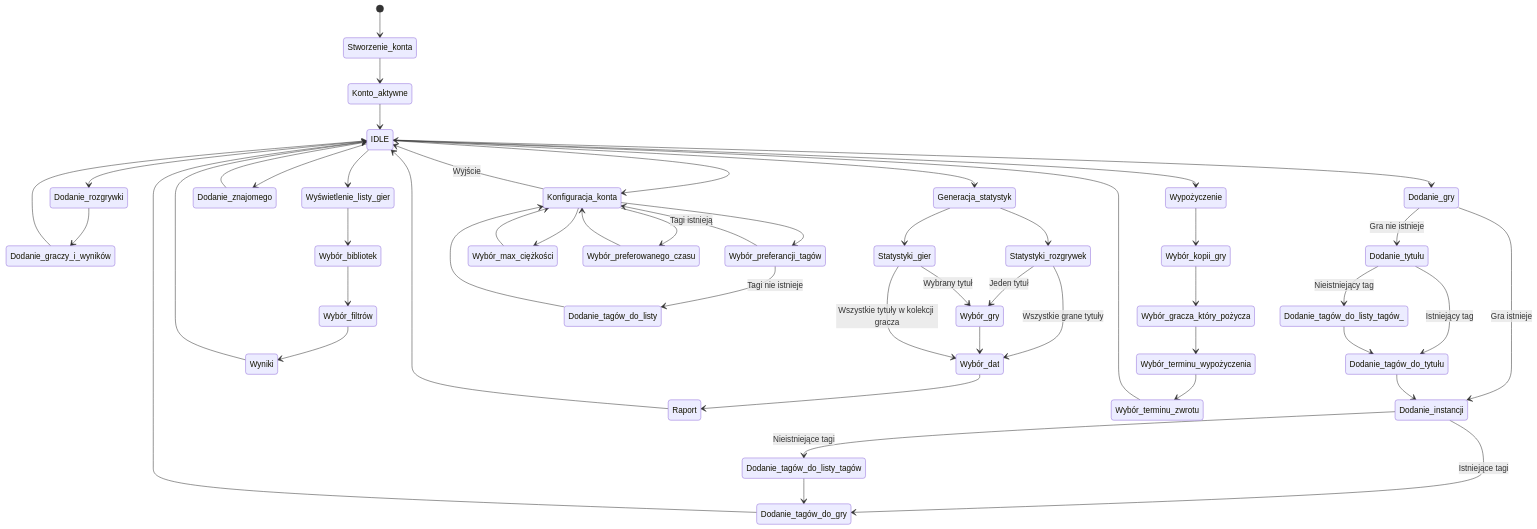
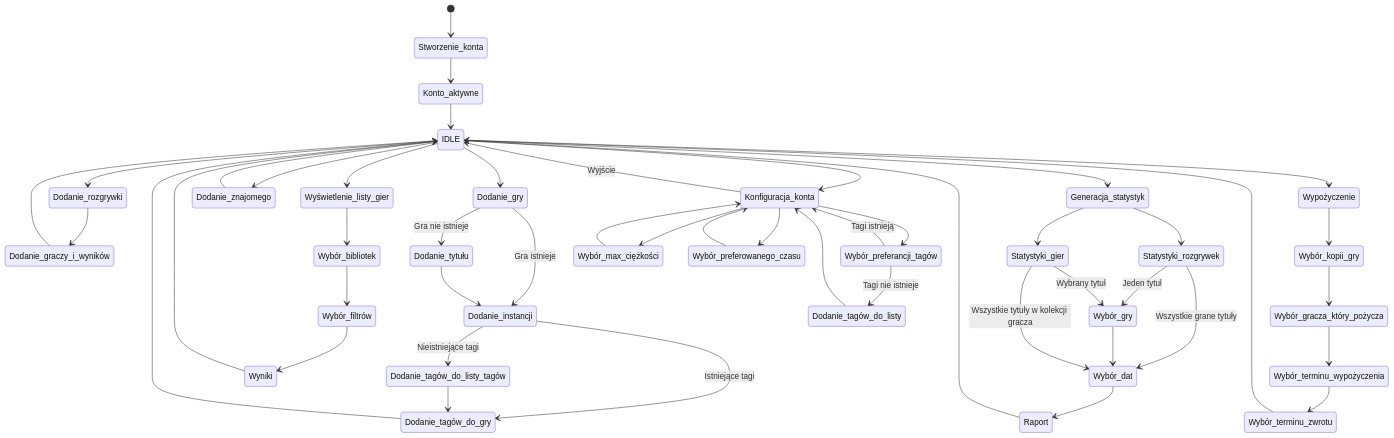
One commit to Sammaeliusz/PC-Repo changed the second of 2 diagrams in BD/scheme.md. Above: the diagram before and after it, drawn with Mermaid.

````diff
--- a/BD/scheme.md
+++ b/BD/scheme.md
@@ -81,54 +81,51 @@
 ``` mermaid
 stateDiagram-v2
     [*] --> Stworzenie_konta
 
     Stworzenie_konta --> Konto_aktywne
     Konto_aktywne --> IDLE
     IDLE --> Dodanie_gry
     IDLE --> Dodanie_rozgrywki
     Dodanie_rozgrywki --> Dodanie_graczy_i_wyników
     Dodanie_graczy_i_wyników --> IDLE
     Dodanie_gry --> Dodanie_instancji : Gra istnieje
     Dodanie_gry --> Dodanie_tytułu : Gra nie istnieje
-    Dodanie_tytułu --> Dodanie_tagów_do_tytułu : Istniejący tag
-    Dodanie_tytułu --> Dodanie_tagów_do_listy_tagów_ : Nieistniejący tag
-    Dodanie_tagów_do_tytułu --> Dodanie_instancji
-    Dodanie_tagów_do_listy_tagów_ --> Dodanie_tagów_do_tytułu
+    Dodanie_tytułu --> Dodanie_instancji
     Dodanie_instancji --> Dodanie_tagów_do_listy_tagów : Nieistniejące tagi
     Dodanie_instancji --> Dodanie_tagów_do_gry : Istniejące tagi
     Dodanie_tagów_do_listy_tagów --> Dodanie_tagów_do_gry
     Dodanie_tagów_do_gry --> IDLE
     IDLE --> Wyświetlenie_listy_gier
     Wyświetlenie_listy_gier --> Wybór_bibliotek
     Wybór_bibliotek --> Wybór_filtrów
     Wybór_filtrów --> Wyniki
     Wyniki --> IDLE
     IDLE --> Generacja_statystyk
     Generacja_statystyk --> Statystyki_rozgrywek 
     Generacja_statystyk --> Statystyki_gier
     Statystyki_rozgrywek --> Wybór_dat : Wszystkie grane tytuły
     Statystyki_rozgrywek --> Wybór_gry : Jeden tytuł
     Wybór_dat --> Raport
     Wybór_gry --> Wybór_dat
     Statystyki_gier --> Wybór_gry : Wybrany tytuł
     Statystyki_gier --> Wybór_dat : Wszystkie tytuły w kolekcji gracza
     Raport --> IDLE
     IDLE --> Dodanie_znajomego
     Dodanie_znajomego --> IDLE
     IDLE --> Wypożyczenie
     Wypożyczenie --> Wybór_kopii_gry
     Wybór_kopii_gry --> Wybór_gracza_który_pożycza
     Wybór_gracza_który_pożycza --> Wybór_terminu_wypożyczenia
     Wybór_terminu_wypożyczenia --> Wybór_terminu_zwrotu
     Wybór_terminu_zwrotu --> IDLE
     IDLE --> Konfiguracja_konta
     Konfiguracja_konta --> IDLE : Wyjście
     Konfiguracja_konta --> Wybór_max_ciężkości
     Konfiguracja_konta --> Wybór_preferowanego_czasu
     Wybór_preferowanego_czasu --> Konfiguracja_konta
     Wybór_max_ciężkości --> Konfiguracja_konta
     Konfiguracja_konta --> Wybór_preferancji_tagów
     Wybór_preferancji_tagów --> Dodanie_tagów_do_listy : Tagi nie istnieje
     Wybór_preferancji_tagów --> Konfiguracja_konta : Tagi istnieją
     Dodanie_tagów_do_listy --> Konfiguracja_konta
 ```
````
